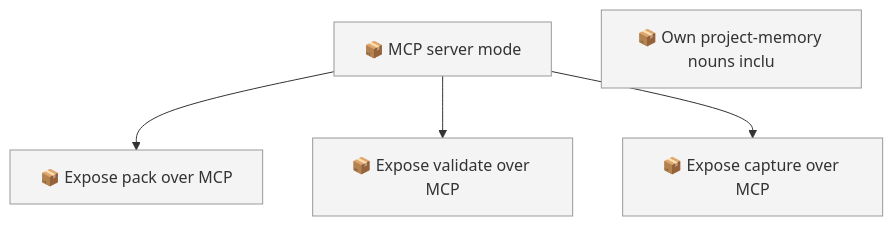
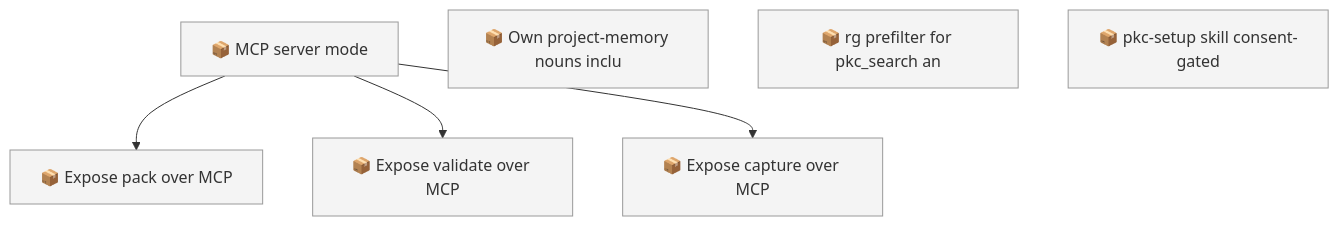
The first of 2 diagrams in docs/roadmap.md (SpillwaveSolutions/project-knowledge-capture), drawn with Mermaid before and after one commit. The commit also changed other lines of this file and 26 other files, not shown here.

First line of the commit message:
feat: rg prefilter for search/pack + consent-gated /pkc-setup (#61)

````diff
--- a/docs/roadmap.md
+++ b/docs/roadmap.md
@@ -58,13 +67,15 @@
 ```mermaid
 graph TD
     01KZ75NQCMYGFYRCVJATEBVBRB["📦 MCP server mode"]
     01KZ75R3EXEG4GVGRP2S9CCKZ4["📦 Expose pack over MCP"]
     01KZ75R3M6BYQ643NKDCCSEEZC["📦 Expose validate over MCP"]
     01KZ75R3S2X1G4PCTGMMSR8BWA["📦 Expose capture over MCP"]
     01M0SZFFPWEVN9YX9D9RYZ1ZC1["📦 Own project-memory nouns inclu"]
+    01M18Q792BSMYXM5F4WXBJ2CW4["📦 rg prefilter for pkc_search an"]
+    01M18Q793WKR0FH409FAY6KHAT["📦 pkc-setup skill consent-gated"]
     01KZ75NQCMYGFYRCVJATEBVBRB --> 01KZ75R3EXEG4GVGRP2S9CCKZ4
     01KZ75NQCMYGFYRCVJATEBVBRB --> 01KZ75R3M6BYQ643NKDCCSEEZC
     01KZ75NQCMYGFYRCVJATEBVBRB --> 01KZ75R3S2X1G4PCTGMMSR8BWA
     classDef todo fill:#f4f4f4,stroke:#999999
-    class 01KZ75NQCMYGFYRCVJATEBVBRB,01KZ75R3EXEG4GVGRP2S9CCKZ4,01KZ75R3M6BYQ643NKDCCSEEZC,01KZ75R3S2X1G4PCTGMMSR8BWA,01M0SZFFPWEVN9YX9D9RYZ1ZC1 todo
+    class 01KZ75NQCMYGFYRCVJATEBVBRB,01KZ75R3EXEG4GVGRP2S9CCKZ4,01KZ75R3M6BYQ643NKDCCSEEZC,01KZ75R3S2X1G4PCTGMMSR8BWA,01M0SZFFPWEVN9YX9D9RYZ1ZC1,01M18Q792BSMYXM5F4WXBJ2CW4,01M18Q793WKR0FH409FAY6KHAT todo
 ```
````
